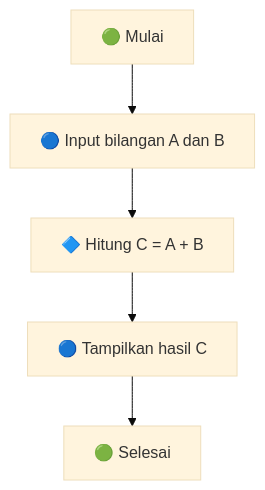
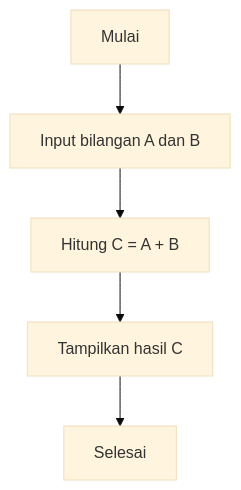
Before and after one commit to Elka1106/Kartika: the first of 7 diagrams in Semester 1 2025/10 RPL D.Kej 2/08. flowchart.md, drawn with Mermaid (base theme). The commit also changed other lines of this file, not shown here.

Commit message:
Update 08. flowchart.md

````diff
--- a/Semester 1 2025/10 RPL D.Kej 2/08. flowchart.md
+++ b/Semester 1 2025/10 RPL D.Kej 2/08. flowchart.md
@@ -36,7 +36,7 @@
 ```mermaid
 graph TD
-    A[🟢 Mulai] --> B[🔵 Input bilangan A dan B]
-    B --> C[🔷 Hitung C = A + B]
-    C --> D[🔵 Tampilkan hasil C]
-    D --> E[🟢 Selesai]
+    A[ Mulai] --> B[ Input bilangan A dan B]
+    B --> C[ Hitung C = A + B]
+    C --> D[ Tampilkan hasil C]
+    D --> E[ Selesai]
 ```
````
